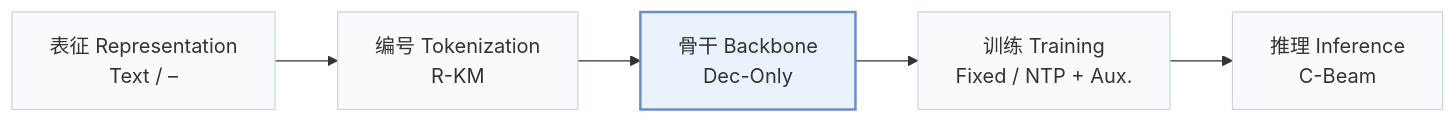
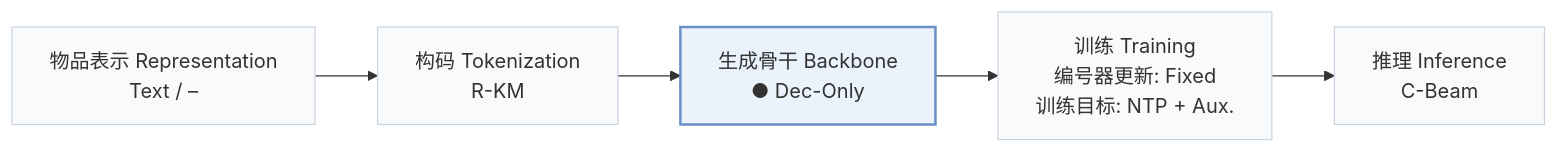
Before and after one commit to Galaxy-ghost/Awesome-SID-Generative-Rec: the first of 2 diagrams in pages/zh/papers/deco.md, drawn with Mermaid. The commit also changed other lines of this file and 558 other files, not shown here.

````diff
--- a/pages/zh/papers/deco.md
+++ b/pages/zh/papers/deco.md
@@ -15,8 +18,8 @@
 ```mermaid
 flowchart LR
-    R["表征 Representation<br/>Text / –"] --> T["编号 Tokenization<br/>R-KM"] --> B["骨干 Backbone<br/>Dec-Only"] --> TR["训练 Training<br/>Fixed / NTP + Aux."] --> I["推理 Inference<br/>C-Beam"]
+    R["物品表示 Representation<br/>Text / –"] --> T["构码 Tokenization<br/>R-KM"] --> B["生成骨干 Backbone<br/>● Dec-Only"] --> TR["训练 Training<br/>编号器更新: Fixed<br/>训练目标: NTP + Aux."] --> I["推理 Inference<br/>C-Beam"]
     classDef base fill:#f8fafc,stroke:#cbd5e1
     class R,T,B,TR,I base
     classDef main fill:#eaf2fb,stroke:#6b8fc7,stroke-width:2px
     class B main
 ```
````
